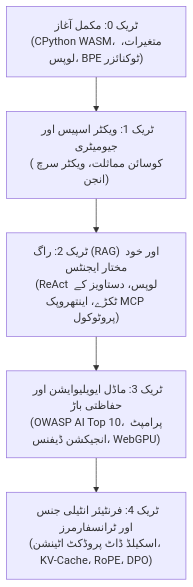
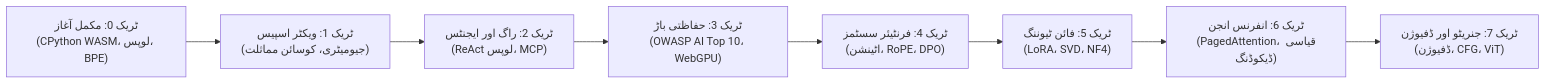
The diagram in docs/translations/README_ur.md (Adilrafiq001/OpenGuideForAI), drawn with Mermaid before and after one commit. The commit also changed other lines of this file and 45 other files, not shown here.

````diff
--- a/docs/translations/README_ur.md
+++ b/docs/translations/README_ur.md
@@ -100,10 +100,13 @@
 ```mermaid
-graph TD
-    T0["ٹریک 0: مکمل آغاز<br/>(CPython WASM، متغیرات، لوپس، BPE ٹوکنائزر)"]
-    T1["ٹریک 1: ویکٹر اسپیس اور جیومیٹری<br/>(کوسائن مماثلت، ویکٹر سرچ انجن)"]
-    T2["ٹریک 2: راگ (RAG) اور خود مختار ایجنٹس<br/>(ReAct لوپس، دستاویز کے ٹکڑے، اینتھروپک MCP پروٹوکول)"]
-    T3["ٹریک 3: ماڈل ایویلیوایشن اور حفاظتی باڑ<br/>(OWASP AI Top 10، پرامپٹ انجیکشن ڈیفنس، WebGPU)"]
-    T4["ٹریک 4: فرنٹیئر انٹیلی جنس اور ٹرانسفارمرز<br/>(اسکیلڈ ڈاٹ پروڈکٹ اٹینشن، KV-Cache، RoPE، DPO)"]
+graph LR
+    T0["ٹریک 0: مکمل آغاز<br/>(CPython WASM، لوپس، BPE)"]
+    T1["ٹریک 1: ویکٹر اسپیس<br/>(جیومیٹری، کوسائن مماثلت)"]
+    T2["ٹریک 2: راگ اور ایجنٹس<br/>(ReAct لوپس، MCP)"]
+    T3["ٹریک 3: حفاظتی باڑ<br/>(OWASP AI Top 10، WebGPU)"]
+    T4["ٹریک 4: فرنٹیئر سسٹمز<br/>(اٹینشن، RoPE، DPO)"]
+    T5["ٹریک 5: فائن ٹیوننگ<br/>(LoRA، SVD، NF4)"]
+    T6["ٹریک 6: انفرنس انجن<br/>(PagedAttention، قیاسی ڈیکوڈنگ)"]
+    T7["ٹریک 7: جنریٹو اور ڈفیوژن<br/>(ڈفیوژن، CFG، ViT)"]
 
-    T0 --> T1 --> T2 --> T3 --> T4
+    T0 --> T1 --> T2 --> T3 --> T4 --> T5 --> T6 --> T7
 ```
````
